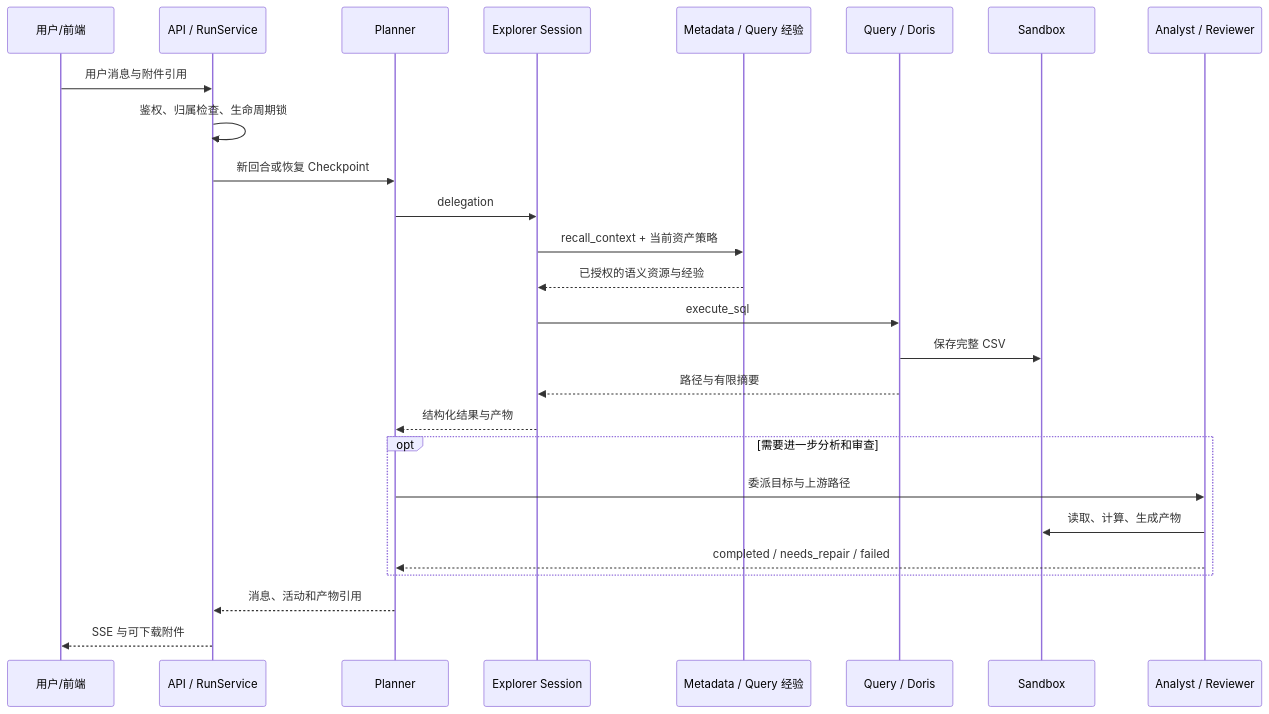
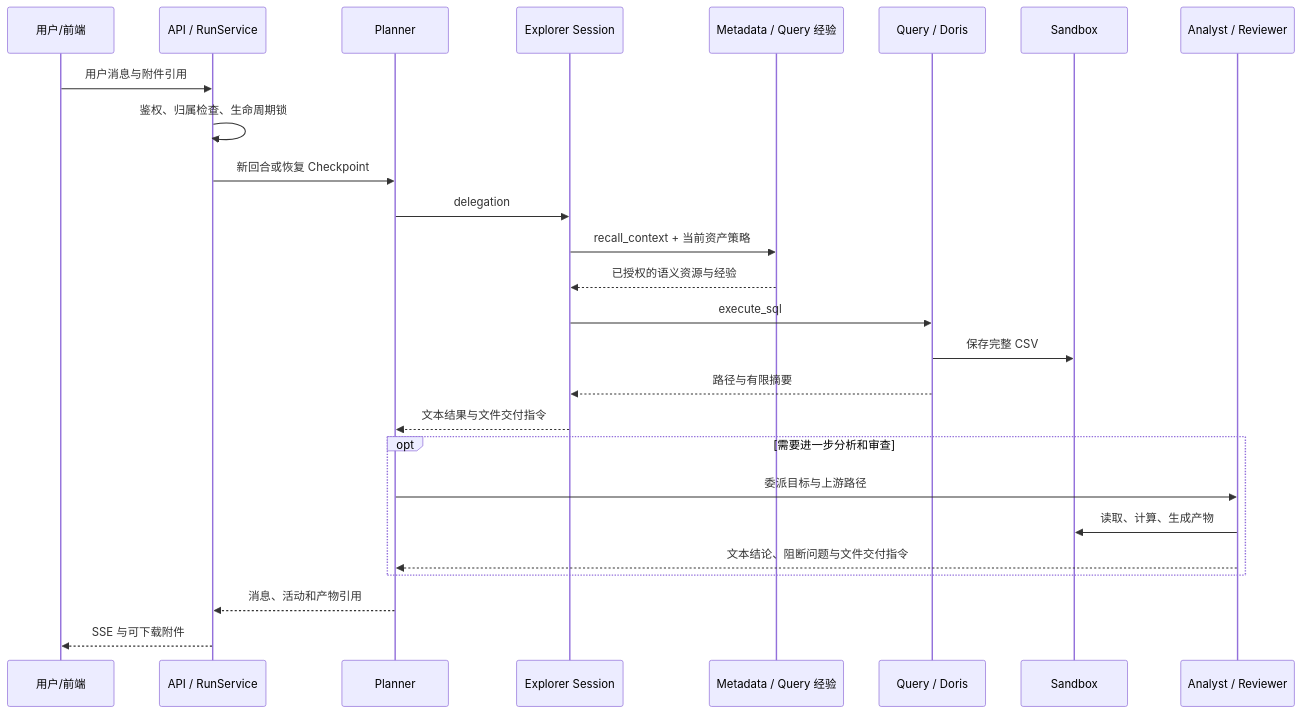
Before and after one commit to 2739673455/dataagent: the third of 4 diagrams in docs/00_架构与协作总览.md, drawn with Mermaid. The commit also changed other lines of this file and 140 other files, not shown here.

````diff
--- a/docs/00_架构与协作总览.md
+++ b/docs/00_架构与协作总览.md
@@ -926,28 +925,28 @@
 ```mermaid
 sequenceDiagram
     participant U as 用户/前端
     participant R as API / RunService
     participant P as Planner
     participant E as Explorer Session
     participant M as Metadata / Query 经验
     participant Q as Query / Doris
     participant S as Sandbox
     participant A as Analyst / Reviewer
     U->>R: 用户消息与附件引用
     R->>R: 鉴权、归属检查、生命周期锁
     R->>P: 新回合或恢复 Checkpoint
     P->>E: delegation
     E->>M: recall_context + 当前资产策略
     M-->>E: 已授权的语义资源与经验
     E->>Q: execute_sql
     Q->>S: 保存完整 CSV
     Q-->>E: 路径与有限摘要
-    E-->>P: 结构化结果与产物
+    E-->>P: 文本结果与文件交付指令
     opt 需要进一步分析和审查
         P->>A: 委派目标与上游路径
         A->>S: 读取、计算、生成产物
-        A-->>P: completed / needs_repair / failed
+        A-->>P: 文本结论、阻断问题与文件交付指令
     end
     P-->>R: 消息、活动和产物引用
     R-->>U: SSE 与可下载附件
 ```
````
